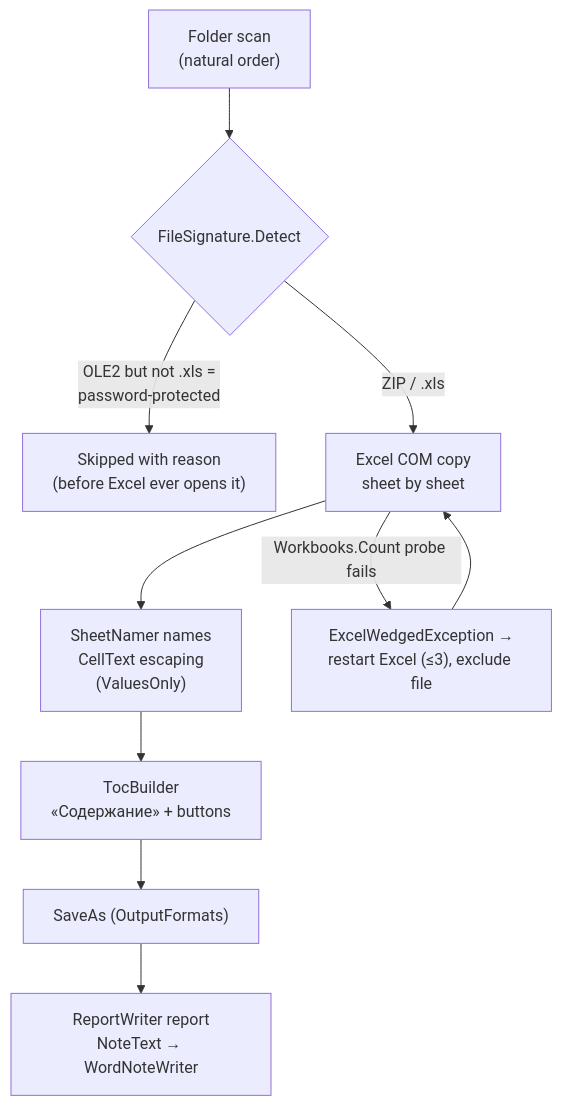
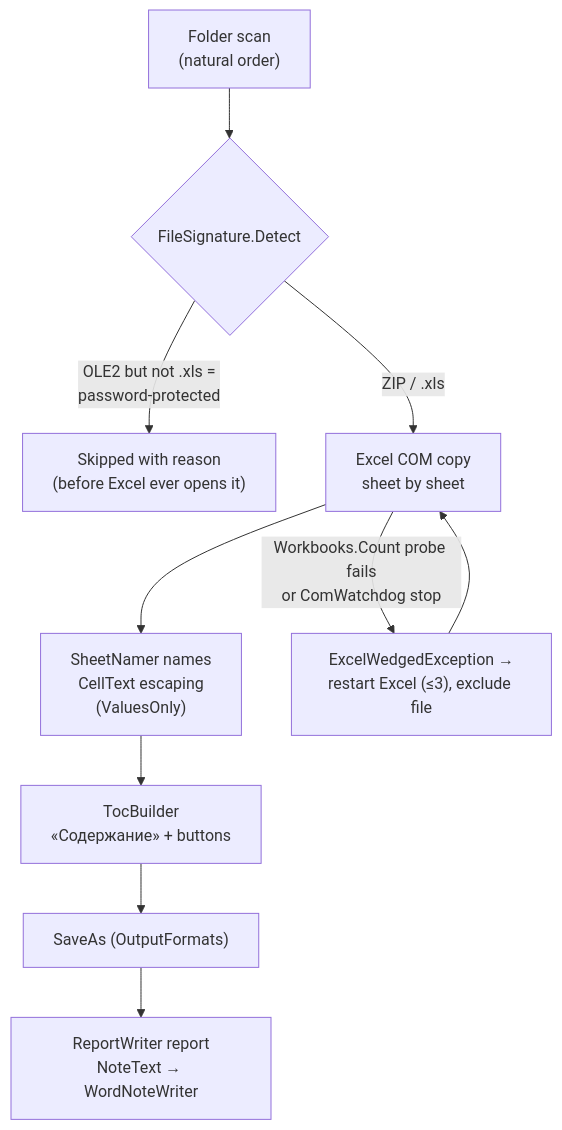
Before and after one commit to DedovMosol/iwoHelperDesktop: the third of 6 diagrams in docs/ARCHITECTURE.md, drawn with Mermaid. The commit also changed other lines of this file and 10 other files, not shown here.

First line of the commit message:
XL-3: watchdog for hung Excel and Word COM calls

````diff
--- a/docs/ARCHITECTURE.md
+++ b/docs/ARCHITECTURE.md
@@ -538,12 +539,12 @@
 ```mermaid
 flowchart TB
     A["Folder scan<br>(natural order)"] --> B{"FileSignature.Detect"}
     B -->|"OLE2 but not .xls =<br>password-protected"| SKIP["Skipped with reason<br>(before Excel ever opens it)"]
     B -->|ZIP / .xls| C["Excel COM copy<br>sheet by sheet"]
     C --> D["SheetNamer names<br>CellText escaping<br>(ValuesOnly)"]
     D --> E["TocBuilder<br>«Содержание» + buttons"]
     E --> F["SaveAs (OutputFormats)"]
     F --> G["ReportWriter report<br>NoteText → WordNoteWriter"]
-    C -->|"Workbooks.Count probe fails"| H["ExcelWedgedException →<br>restart Excel (≤3), exclude file"]
+    C -->|"Workbooks.Count probe fails<br>or ComWatchdog stop"| H["ExcelWedgedException →<br>restart Excel (≤3), exclude file"]
     H --> C
 ```
````
